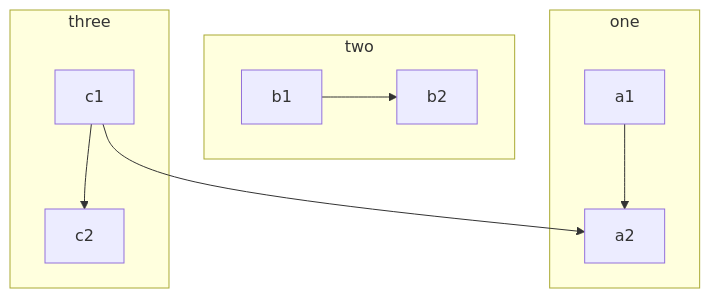
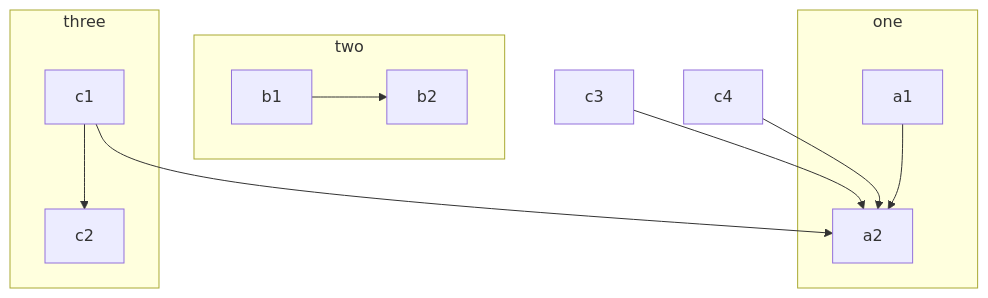
One commit to moonIsMyFriend/basicConcept.github.io changed the first of 15 diagrams in _posts/2024-04-28-test-mermaid.md. Above: the diagram before and after it, drawn with Mermaid.

```diff
--- a/_posts/2024-04-28-test-mermaid.md
+++ b/_posts/2024-04-28-test-mermaid.md
@@ -14,13 +14,15 @@
  <pre class="mermaid">
     flowchart TB
     c1-->a2
+    c3-->a2
+    c4-->a2
     subgraph one
     a1-->a2
     end
     subgraph two
     b1-->b2
     end
     subgraph three
     c1-->c2
     end
 </pre>
```
